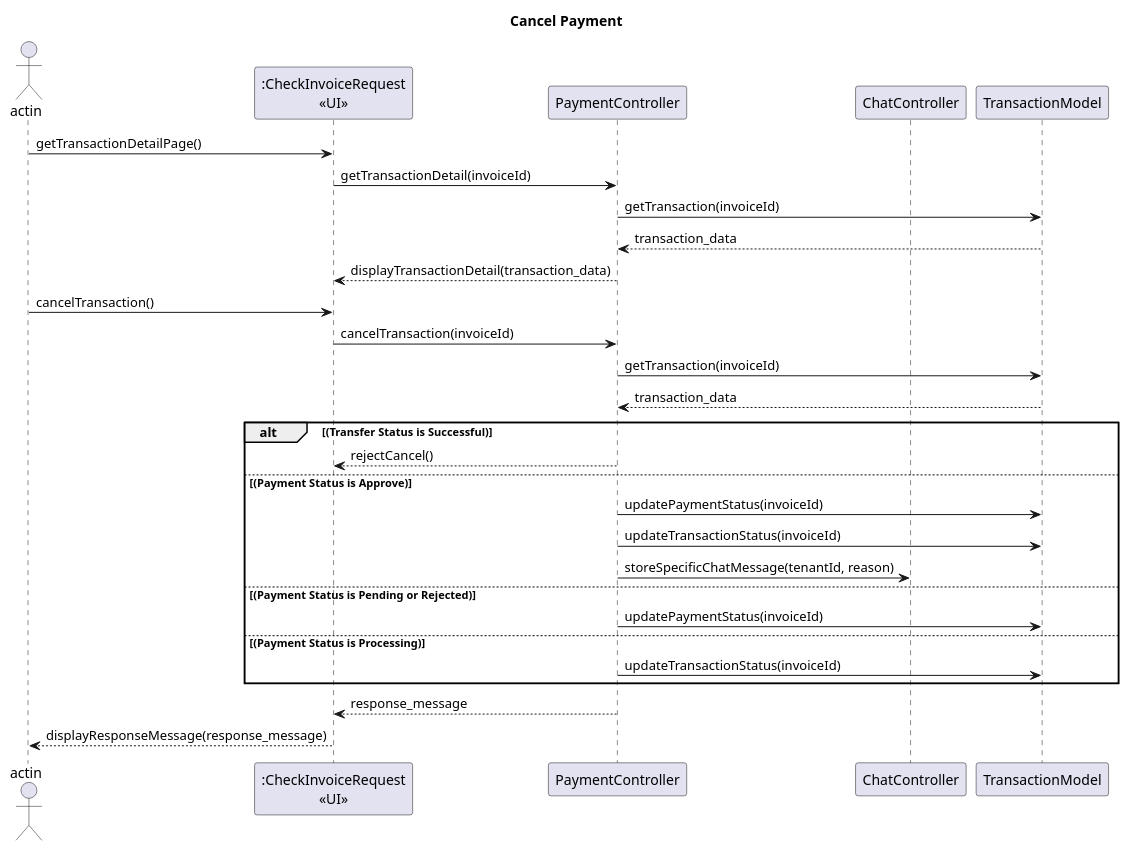
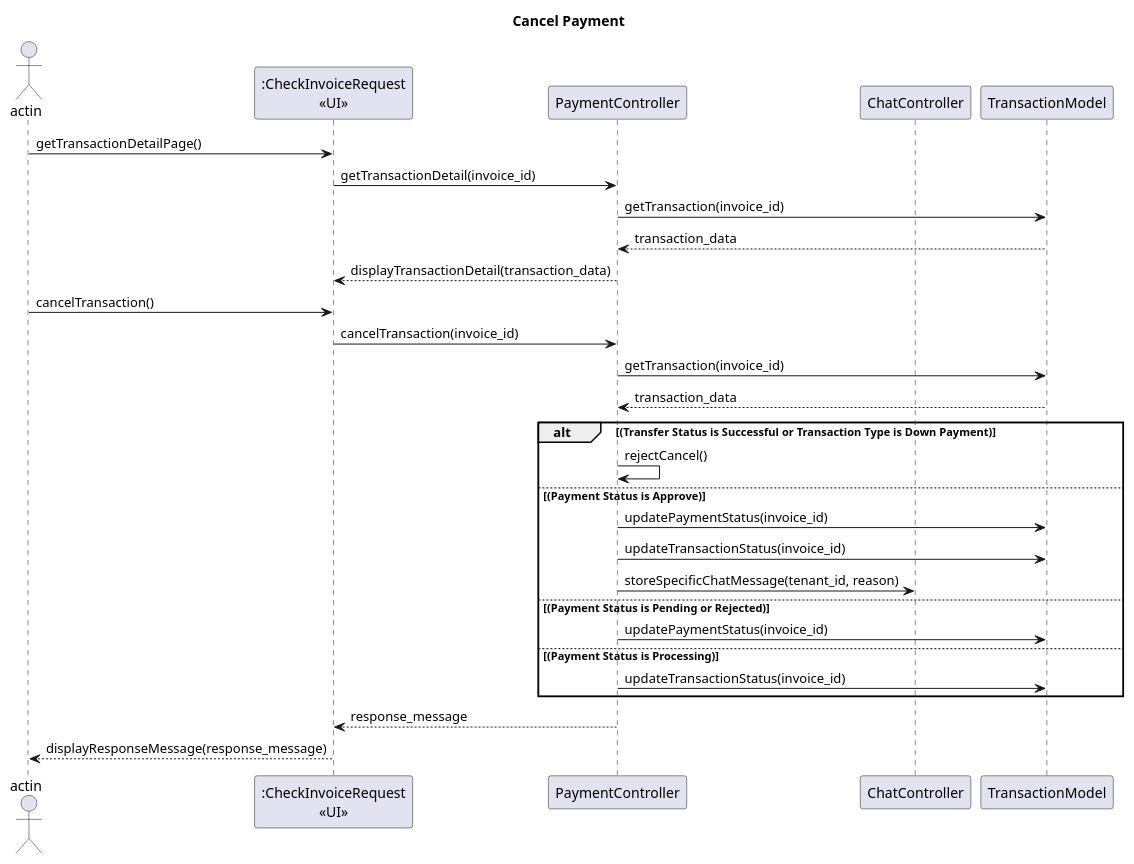
Before and after one commit to AntWort21/BHFMS: the diagram in Design/BHFMS_SEQUENCE/Owner Manager/Payment/Cancel Payment.puml, drawn with PlantUML. The commit also changed 8 other files, not shown here.

Commit message:
Add activty, sequence, use case

```diff
--- a/Design/BHFMS_SEQUENCE/Owner Manager/Payment/Cancel Payment.puml
+++ b/Design/BHFMS_SEQUENCE/Owner Manager/Payment/Cancel Payment.puml
@@ -1,35 +1,35 @@
 @startuml
 title Cancel Payment
 actor "actin" as act
 participant ":CheckInvoiceRequest\n<<UI>>" as view
 participant PaymentController as pctrl
 participant ChatController as cctrl
 participant TransactionModel as tm
 
 act -> view : getTransactionDetailPage()
-view -> pctrl : getTransactionDetail(invoiceId)
-pctrl -> tm : getTransaction(invoiceId)
+view -> pctrl : getTransactionDetail(invoice_id)
+pctrl -> tm : getTransaction(invoice_id)
 pctrl <-- tm : transaction_data
 view <-- pctrl : displayTransactionDetail(transaction_data)
 
 act -> view : cancelTransaction()
-view -> pctrl : cancelTransaction(invoiceId)
-pctrl -> tm : getTransaction(invoiceId)
+view -> pctrl : cancelTransaction(invoice_id)
+pctrl -> tm : getTransaction(invoice_id)
 pctrl <-- tm : transaction_data
 
-alt (Transfer Status is Successful)
-    view <-- pctrl : rejectCancel()
+alt (Transfer Status is Successful or Transaction Type is Down Payment)
+    pctrl -> pctrl : rejectCancel()
 else (Payment Status is Approve)
-    pctrl -> tm : updatePaymentStatus(invoiceId)
-    pctrl -> tm : updateTransactionStatus(invoiceId)
-    pctrl -> cctrl : storeSpecificChatMessage(tenantId, reason)
+    pctrl -> tm : updatePaymentStatus(invoice_id)
+    pctrl -> tm : updateTransactionStatus(invoice_id)
+    pctrl -> cctrl : storeSpecificChatMessage(tenant_id, reason)
     
 else (Payment Status is Pending or Rejected)
-    pctrl -> tm : updatePaymentStatus(invoiceId)
+    pctrl -> tm : updatePaymentStatus(invoice_id)
 else (Payment Status is Processing)
-    pctrl -> tm : updateTransactionStatus(invoiceId)
+    pctrl -> tm : updateTransactionStatus(invoice_id)
 end
 view <-- pctrl : response_message
 act <-- view : displayResponseMessage(response_message)
 
 @enduml
```
